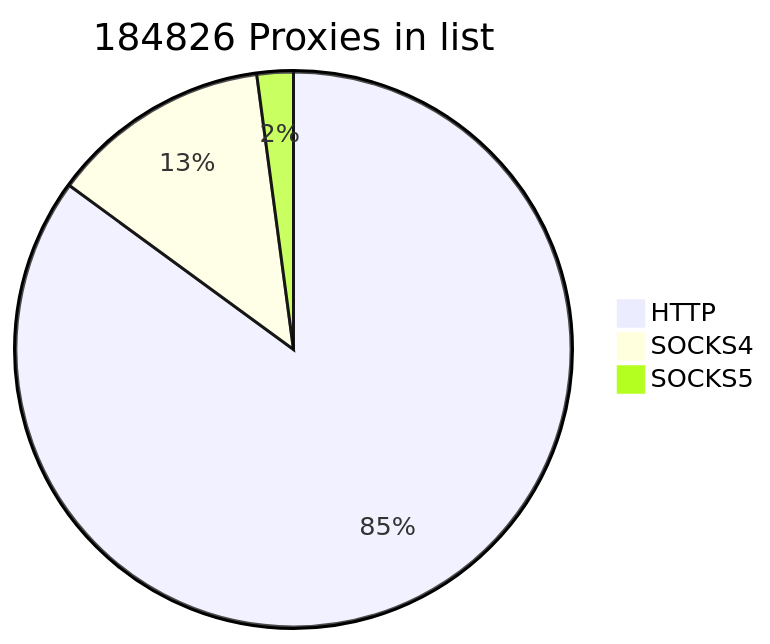
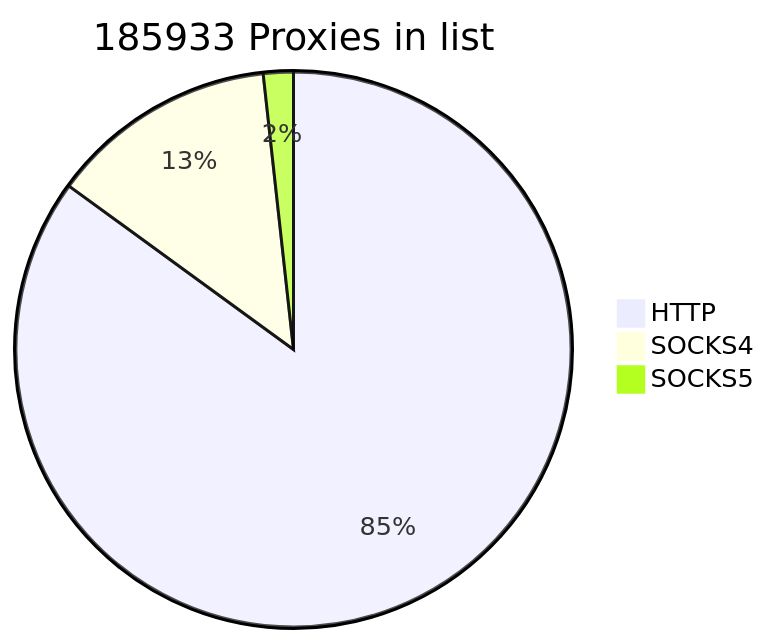
The first of 2 diagrams in README.md (cutipu/proxylist), drawn with Mermaid before and after one commit. The commit also changed other lines of this file, not shown here.

````diff
--- a/README.md
+++ b/README.md
@@ -2,7 +2,7 @@
 ```mermaid
-pie title 184826 Proxies in list
-    "HTTP" : 157208
-    "SOCKS4" : 23706
-    "SOCKS5" : 3912
+pie title 185933 Proxies in list
+    "HTTP" : 158075
+    "SOCKS4" : 24615
+    "SOCKS5" : 3243
             
 ```
````
